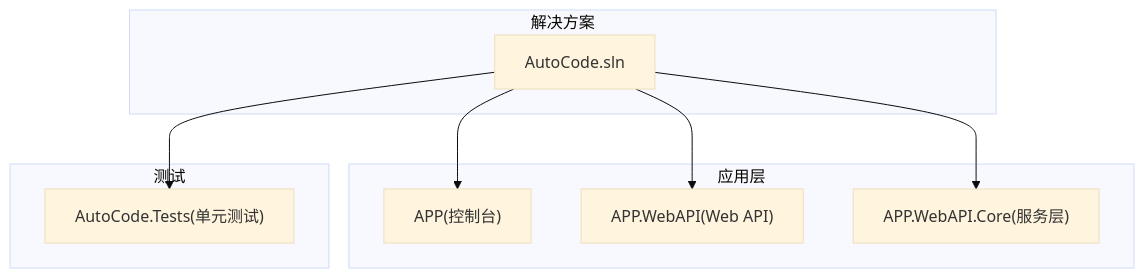
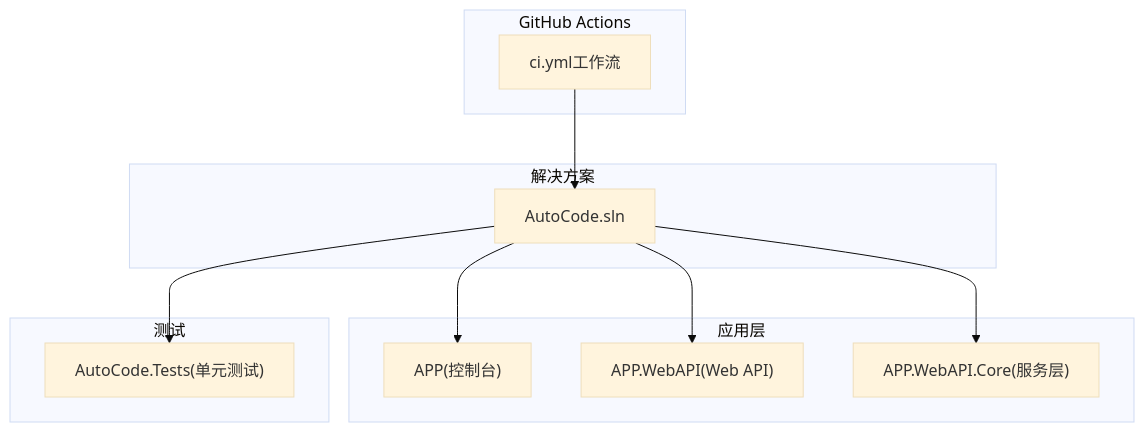
The first of 3 diagrams in .qoder/repowiki/zh/content/部署与发布/CI_CD流水线配置.md (alivy/AutoCode), drawn with Mermaid (base theme) before and after one commit. The commit also changed other lines of this file and 38 other files, not shown here.

````diff
--- a/.qoder/repowiki/zh/content/部署与发布/CI_CD流水线配置.md
+++ b/.qoder/repowiki/zh/content/部署与发布/CI_CD流水线配置.md
@@ -44,18 +55,22 @@
 ```mermaid
 graph TB
+subgraph "GitHub Actions"
+WORKFLOW["ci.yml工作流"]
+end
 subgraph "解决方案"
 SLN["AutoCode.sln"]
 end
 subgraph "应用层"
 APP["APP(控制台)"]
 WEBAPI["APP.WebAPI(Web API)"]
 CORE["APP.WebAPI.Core(服务层)"]
 end
 subgraph "测试"
 TESTS["AutoCode.Tests(单元测试)"]
 end
+WORKFLOW --> SLN
 SLN --> APP
 SLN --> WEBAPI
 SLN --> CORE
 SLN --> TESTS
 ```
````
